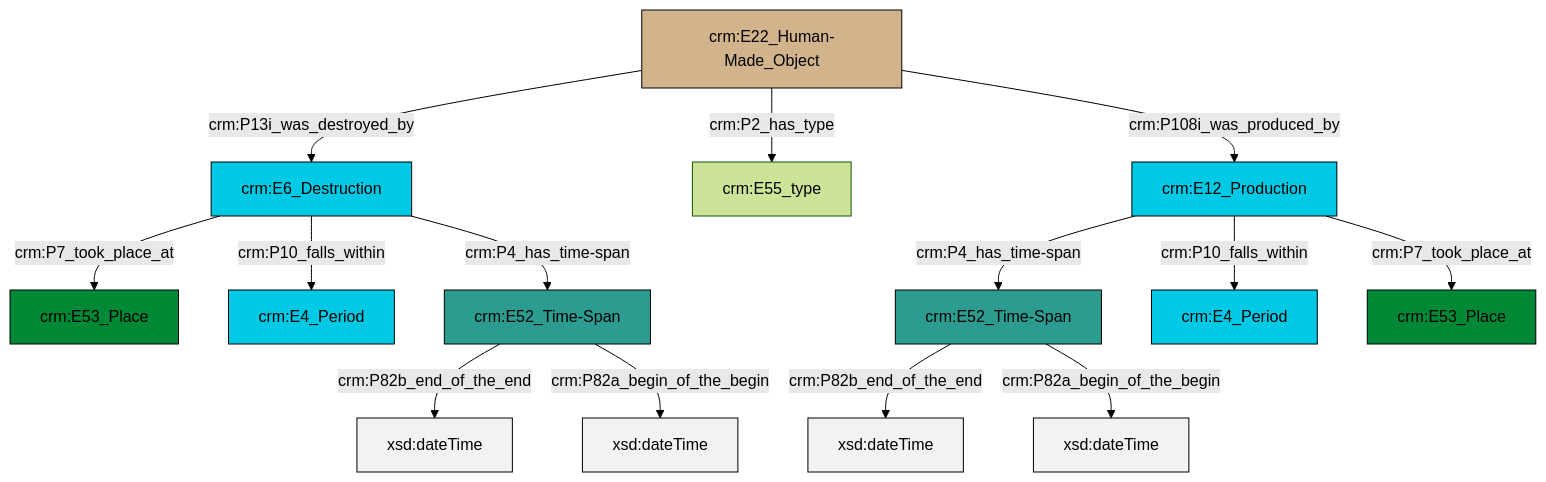
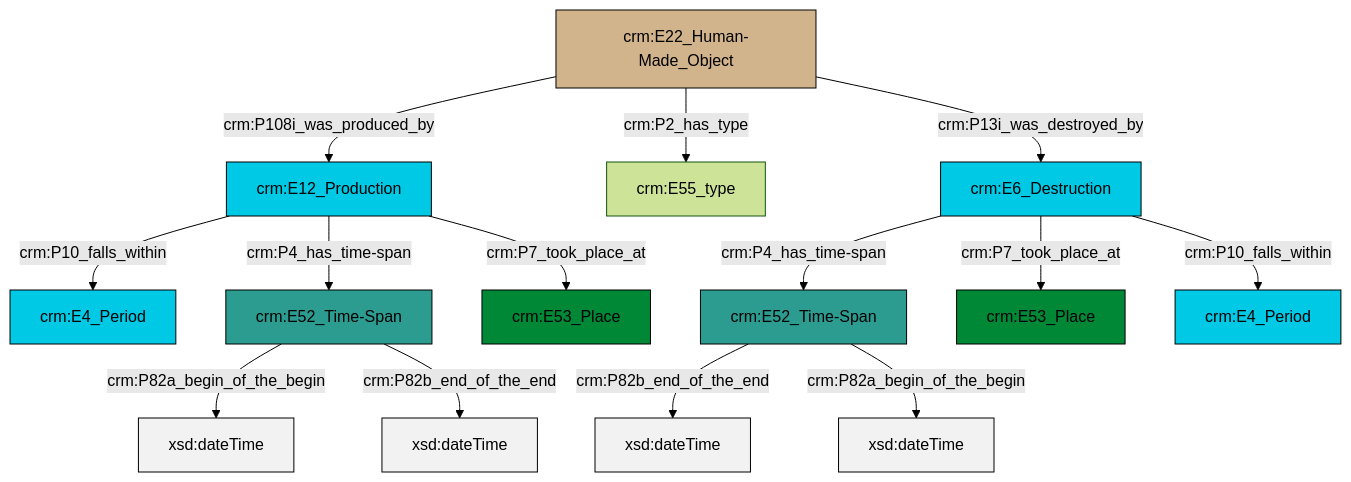
Before and after one commit to swiss-art-research-net/docs.swissartresearch: the diagram in et/builtWorkCSV/ttl/mmd/Built_Work_existence.ttl.mmd, drawn with Mermaid (forest theme). The commit also changed 180 other files, not shown here.

```diff
--- a/et/builtWorkCSV/ttl/mmd/Built_Work_existence.ttl.mmd
+++ b/et/builtWorkCSV/ttl/mmd/Built_Work_existence.ttl.mmd
@@ -1,28 +1,28 @@
 graph TD
 classDef Literal fill:#f2f2f2,stroke:#000000;
 classDef CRM_Entity fill:#FFFFFF,stroke:#000000;
 classDef Temporal_Entity fill:#00C9E6, stroke:#000000;
 classDef Type fill:#E18312, stroke:#000000;
 classDef Time-Span fill:#2C9C91, stroke:#000000;
 classDef Appellation fill:#FFEB7F, stroke:#000000;
 classDef Place fill:#008836, stroke:#000000;
 classDef Persistent_Item fill:#B266B2, stroke:#000000;
 classDef Conceptual_Object fill:#FFD700, stroke:#000000;
 classDef Physical_Thing fill:#D2B48C, stroke:#000000;
 classDef Actor fill:#f58aad, stroke:#000000;
 classDef PC_Classes fill:#4ce600, stroke:#000000;
 classDef Multi fill:#cccccc,stroke:#000000;
 
-0["crm:E6_Destruction"]:::Temporal_Entity -->|crm:P7_took_place_at| 1["crm:E53_Place"]:::Place
-2["crm:E12_Production"]:::Temporal_Entity -->|crm:P4_has_time-span| 6["crm:E52_Time-Span"]:::Time-Span
-8["crm:E52_Time-Span"]:::Time-Span -->|crm:P82b_end_of_the_end| 9[xsd:dateTime]:::Literal
-6["crm:E52_Time-Span"]:::Time-Span -->|crm:P82b_end_of_the_end| 10[xsd:dateTime]:::Literal
-6["crm:E52_Time-Span"]:::Time-Span -->|crm:P82a_begin_of_the_begin| 13[xsd:dateTime]:::Literal
-17["crm:E22_Human-Made_Object"]:::Physical_Thing -->|crm:P13i_was_destroyed_by| 0["crm:E6_Destruction"]:::Temporal_Entity
-0["crm:E6_Destruction"]:::Temporal_Entity -->|crm:P10_falls_within| 15["crm:E4_Period"]:::Temporal_Entity
-0["crm:E6_Destruction"]:::Temporal_Entity -->|crm:P4_has_time-span| 8["crm:E52_Time-Span"]:::Time-Span
-17["crm:E22_Human-Made_Object"]:::Physical_Thing -->|crm:P2_has_type| 19["crm:E55_type"]:::Default
-2["crm:E12_Production"]:::Temporal_Entity -->|crm:P10_falls_within| 4["crm:E4_Period"]:::Temporal_Entity
-8["crm:E52_Time-Span"]:::Time-Span -->|crm:P82a_begin_of_the_begin| 22[xsd:dateTime]:::Literal
-2["crm:E12_Production"]:::Temporal_Entity -->|crm:P7_took_place_at| 11["crm:E53_Place"]:::Place
-17["crm:E22_Human-Made_Object"]:::Physical_Thing -->|crm:P108i_was_produced_by| 2["crm:E12_Production"]:::Temporal_Entity
+0["crm:E22_Human-Made_Object"]:::Physical_Thing -->|crm:P108i_was_produced_by| 2["crm:E12_Production"]:::Temporal_Entity
+3["crm:E52_Time-Span"]:::Time-Span -->|crm:P82b_end_of_the_end| 9[xsd:dateTime]:::Literal
+10["crm:E6_Destruction"]:::Temporal_Entity -->|crm:P4_has_time-span| 3["crm:E52_Time-Span"]:::Time-Span
+2["crm:E12_Production"]:::Temporal_Entity -->|crm:P10_falls_within| 11["crm:E4_Period"]:::Temporal_Entity
+0["crm:E22_Human-Made_Object"]:::Physical_Thing -->|crm:P2_has_type| 7["crm:E55_type"]:::Default
+12["crm:E52_Time-Span"]:::Time-Span -->|crm:P82a_begin_of_the_begin| 13[xsd:dateTime]:::Literal
+12["crm:E52_Time-Span"]:::Time-Span -->|crm:P82b_end_of_the_end| 14[xsd:dateTime]:::Literal
+0["crm:E22_Human-Made_Object"]:::Physical_Thing -->|crm:P13i_was_destroyed_by| 10["crm:E6_Destruction"]:::Temporal_Entity
+2["crm:E12_Production"]:::Temporal_Entity -->|crm:P4_has_time-span| 12["crm:E52_Time-Span"]:::Time-Span
+3["crm:E52_Time-Span"]:::Time-Span -->|crm:P82a_begin_of_the_begin| 20[xsd:dateTime]:::Literal
+10["crm:E6_Destruction"]:::Temporal_Entity -->|crm:P7_took_place_at| 5["crm:E53_Place"]:::Place
+2["crm:E12_Production"]:::Temporal_Entity -->|crm:P7_took_place_at| 21["crm:E53_Place"]:::Place
+10["crm:E6_Destruction"]:::Temporal_Entity -->|crm:P10_falls_within| 17["crm:E4_Period"]:::Temporal_Entity
```
